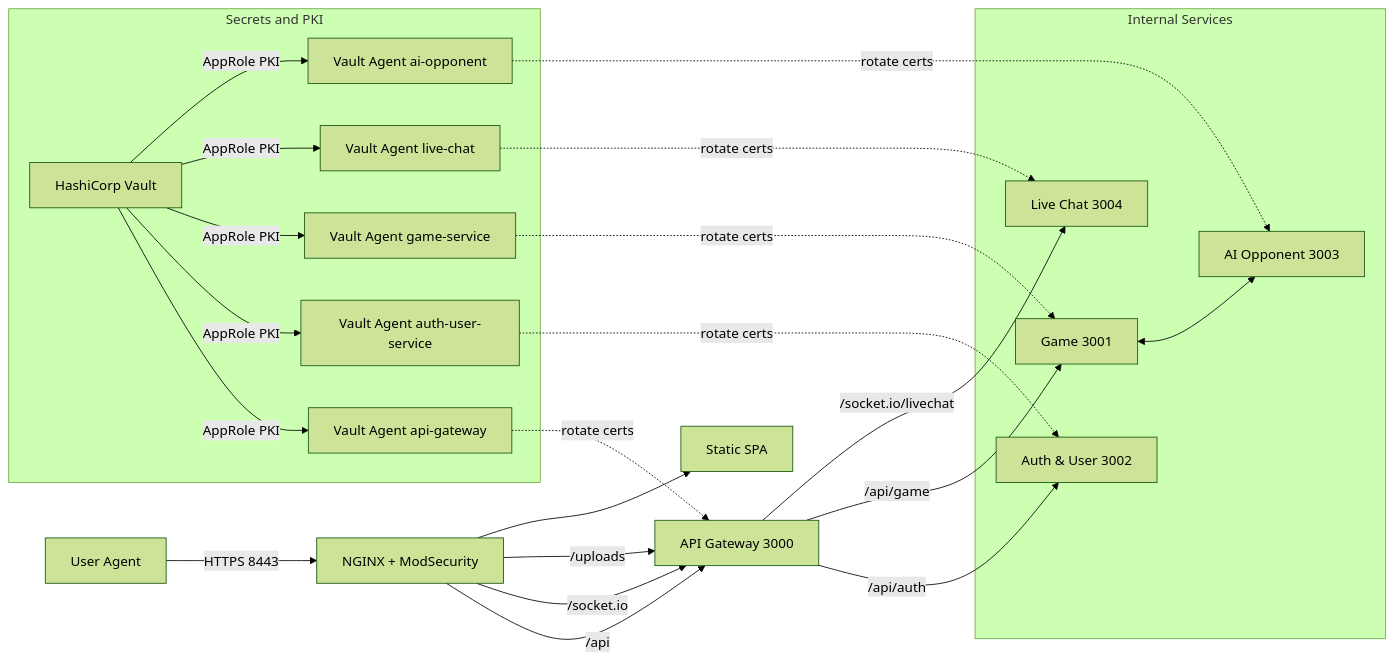
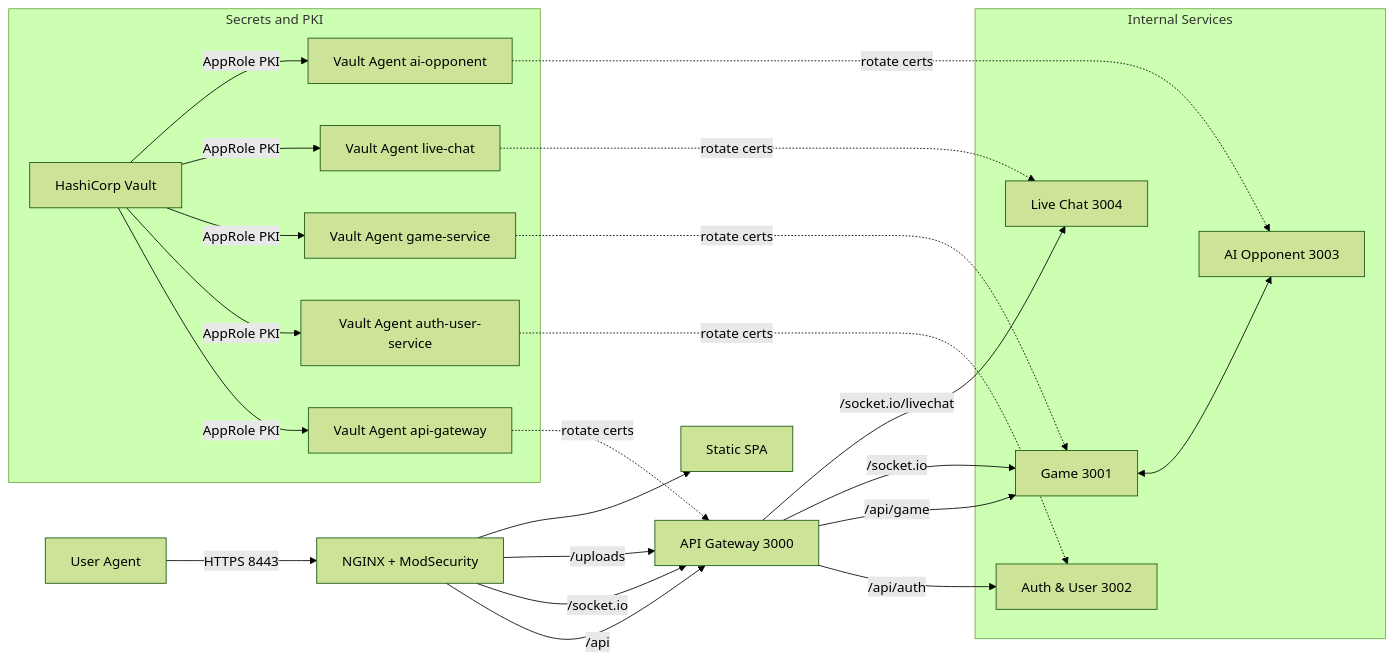
One commit to mxmxmx333/ft-transcendence changed the diagram in README.md. Above: the diagram before and after it, drawn with Mermaid (forest theme). The commit also changed other lines of this file, not shown here.

Commit message:
docs(game): clarify Game Service uses HTTP (/api/game) and WebSocket (/socket.io); update diagram

````diff
--- a/README.md
+++ b/README.md
@@ -62,42 +63,43 @@
 ```mermaid
 flowchart LR
   B[User Agent] -->|HTTPS 8443| WAF[NGINX + ModSecurity]
 
   %% WAF to Gateway routes
   WAF -->|/api| G[API Gateway 3000]
   WAF -->|/socket.io| G
   WAF -->|/uploads| G
   WAF --> SPA[Static SPA]
 
   subgraph "Internal Services"
     A[Auth & User 3002]
     GS[Game 3001]
     LC[Live Chat 3004]
     AI[AI Opponent 3003]
   end
 
   G -->|/api/auth| A
   G -->|/api/game| GS
+  G -->|/socket.io| GS
   G -->|/socket.io/livechat| LC
   GS <--> AI
 
   subgraph "Secrets and PKI"
     V[HashiCorp Vault]
     VA1[Vault Agent api-gateway]
     VA2[Vault Agent auth-user-service]
     VA3[Vault Agent game-service]
     VA4[Vault Agent live-chat]
     VA5[Vault Agent ai-opponent]
   end
 
   V -->|AppRole PKI| VA1
   V -->|AppRole PKI| VA2
   V -->|AppRole PKI| VA3
   V -->|AppRole PKI| VA4
   V -->|AppRole PKI| VA5
   VA1 -.->|rotate certs| G
   VA2 -.->|rotate certs| A
   VA3 -.->|rotate certs| GS
   VA4 -.->|rotate certs| LC
   VA5 -.->|rotate certs| AI
 ```
````
